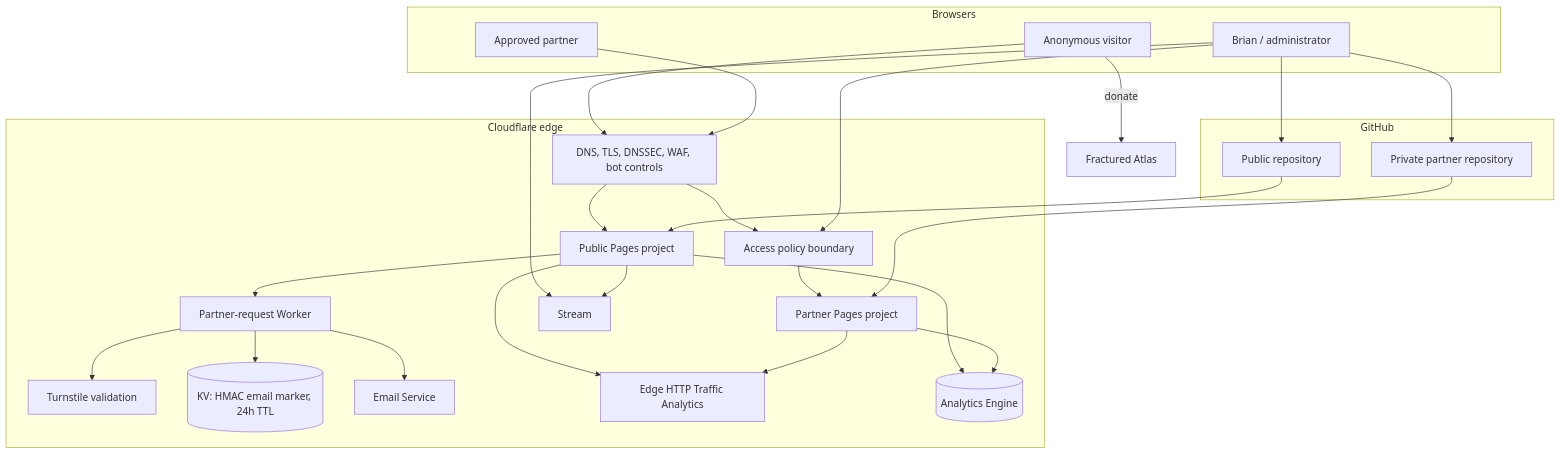
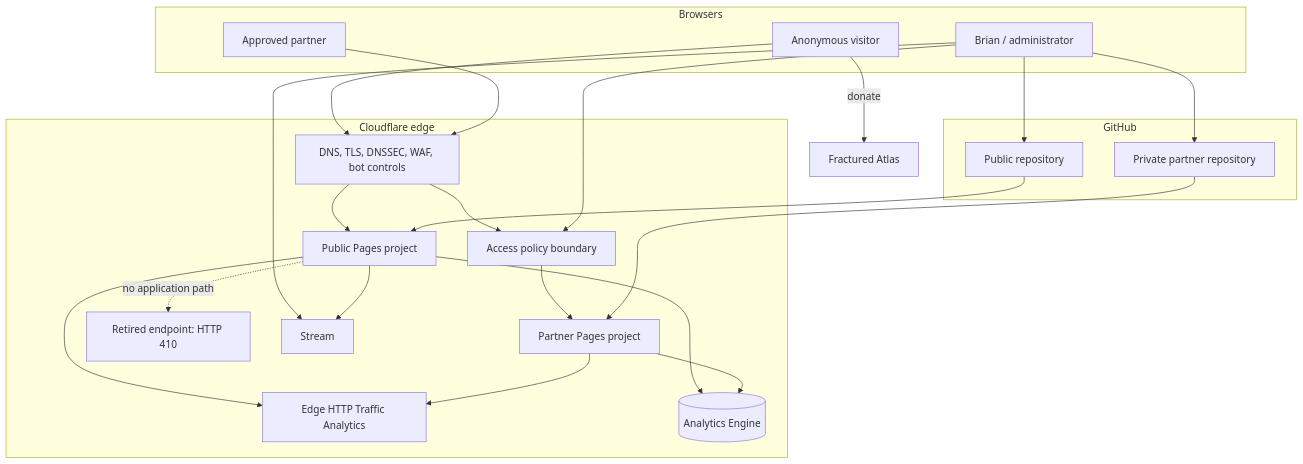
The first of 4 diagrams in docs/design/02-architecture.md (correliussaga/correlius-site), drawn with Mermaid before and after one commit. The commit also changed other lines of this file and 47 other files, not shown here.

````diff
--- a/docs/design/02-architecture.md
+++ b/docs/design/02-architecture.md
@@ -30,46 +27,40 @@
 ```mermaid
 flowchart TB
   subgraph Browsers
     V[Anonymous visitor]
     P[Approved partner]
     A[Brian / administrator]
   end
 
   subgraph GitHub
     GR1[Public repository]
     GR2[Private partner repository]
   end
 
   subgraph CloudflareEdge[Cloudflare edge]
     DNS[DNS, TLS, DNSSEC, WAF, bot controls]
     PUB[Public Pages project]
     ACC[Access policy boundary]
     PART[Partner Pages project]
-    FW[Partner-request Worker]
-    TS[Turnstile validation]
-    KV[(KV: HMAC email marker, 24h TTL)]
-    ES[Email Service]
+    CLOSED[Retired endpoint: HTTP 410]
     ETA[Edge HTTP Traffic Analytics]
     AE[(Analytics Engine)]
     ST[Stream]
   end
 
   V --> DNS --> PUB
   P --> DNS --> ACC --> PART
   GR1 --> PUB
   GR2 --> PART
   A --> GR1
   A --> GR2
   A --> ACC
   A --> ST
   PUB --> ST
-  PUB --> FW
-  FW --> TS
-  FW --> KV
-  FW --> ES
+  PUB -. no application path .-> CLOSED
   PUB --> ETA
   PART --> ETA
   PUB --> AE
   PART --> AE
   V -->|donate| FA[Fractured Atlas]
 ```
````
